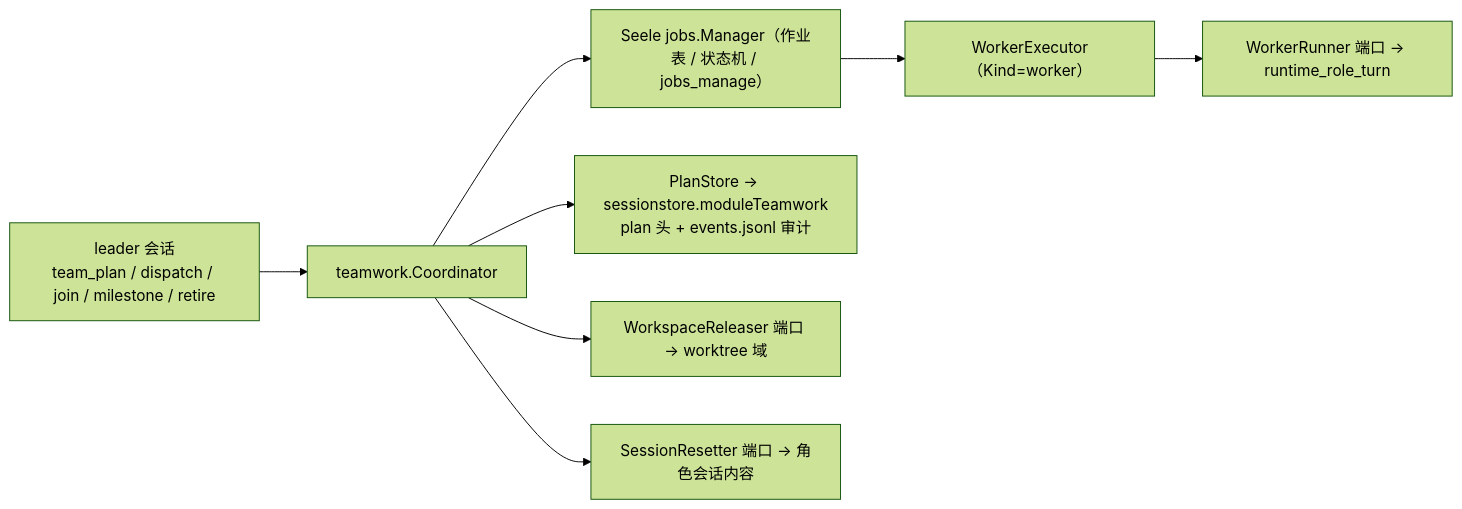
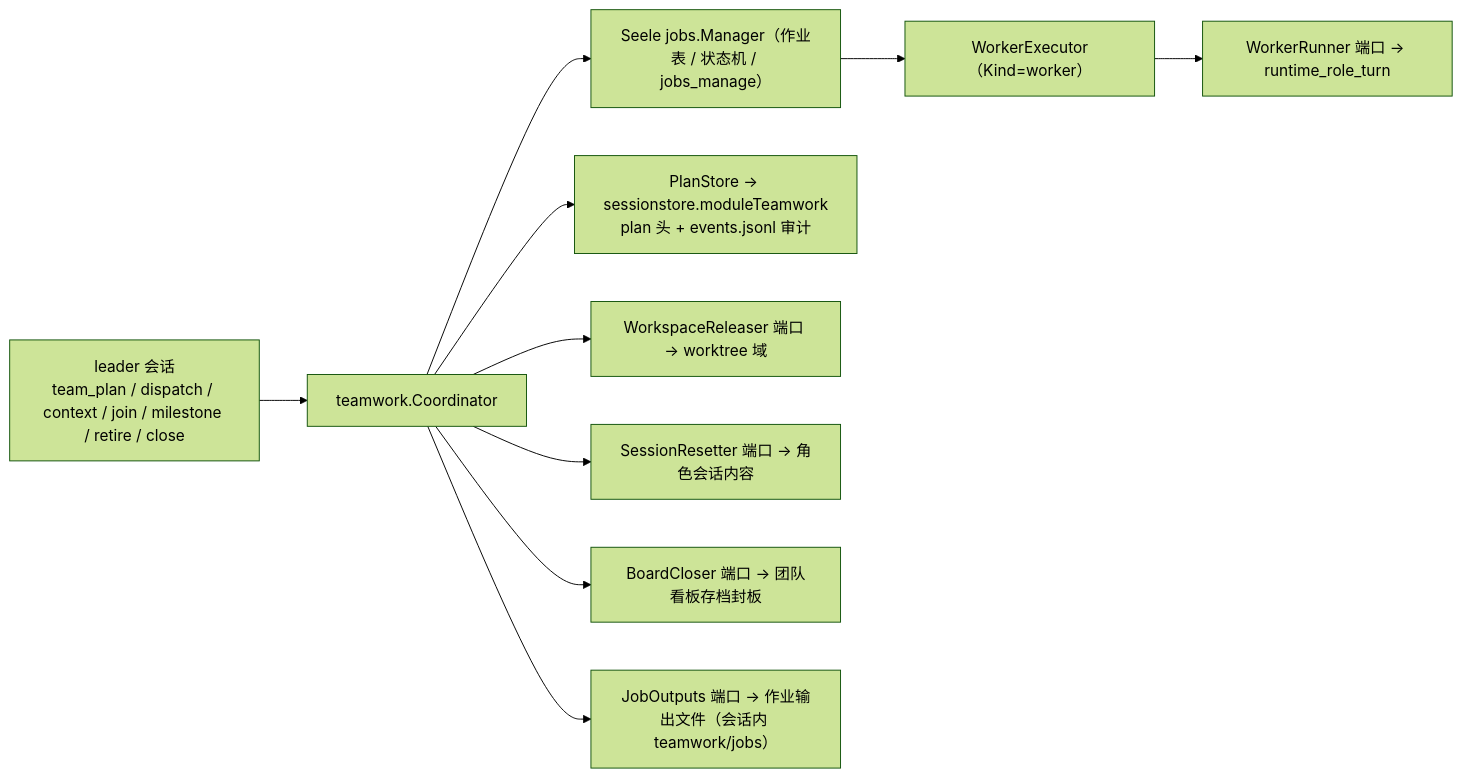
Before and after one commit to RedHuang-0622/seelex: the first of 2 diagrams in seelebridge/teamwork/README.md, drawn with Mermaid (forest theme). The commit also changed other lines of this file and 35 other files, not shown here.

````diff
--- a/seelebridge/teamwork/README.md
+++ b/seelebridge/teamwork/README.md
@@ -19,10 +19,12 @@
 ```mermaid
 flowchart LR
-    LEADER["leader 会话<br/>team_plan / dispatch / join / milestone / retire"] --> CO["teamwork.Coordinator"]
+    LEADER["leader 会话<br/>team_plan / dispatch / context / join / milestone / retire / close"] --> CO["teamwork.Coordinator"]
     CO --> JOBS["Seele jobs.Manager（作业表 / 状态机 / jobs_manage）"]
     CO --> STORE["PlanStore → sessionstore.moduleTeamwork<br/>plan 头 + events.jsonl 审计"]
     JOBS --> WE["WorkerExecutor（Kind=worker）"]
     WE --> WR["WorkerRunner 端口 → runtime_role_turn"]
     CO --> WT["WorkspaceReleaser 端口 → worktree 域"]
     CO --> SS["SessionResetter 端口 → 角色会话内容"]
+    CO --> BD["BoardCloser 端口 → 团队看板存档封板"]
+    CO --> OUT["JobOutputs 端口 → 作业输出文件（会话内 teamwork/jobs）"]
 ```
````
